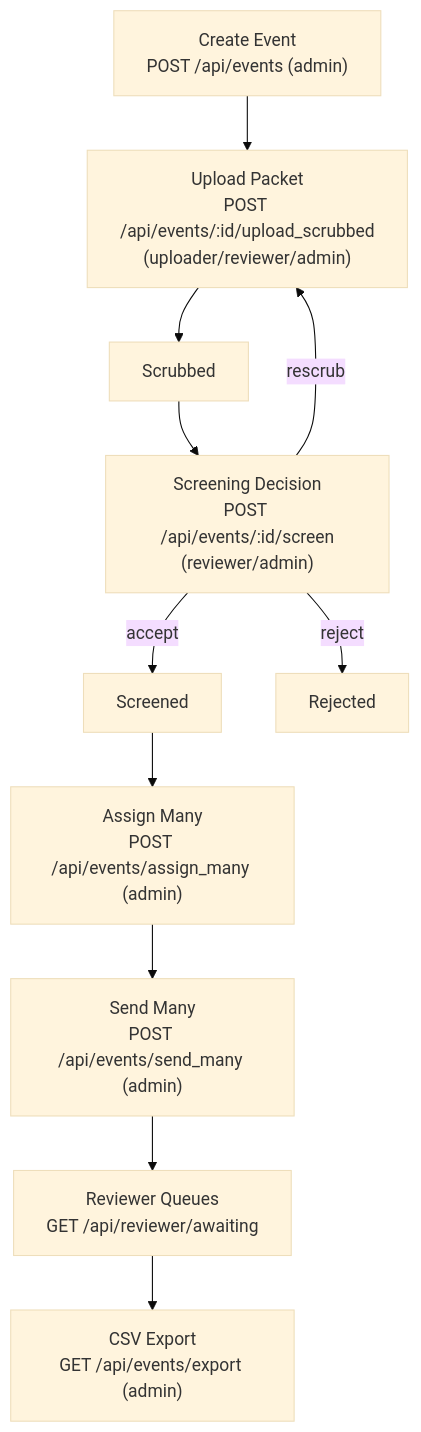
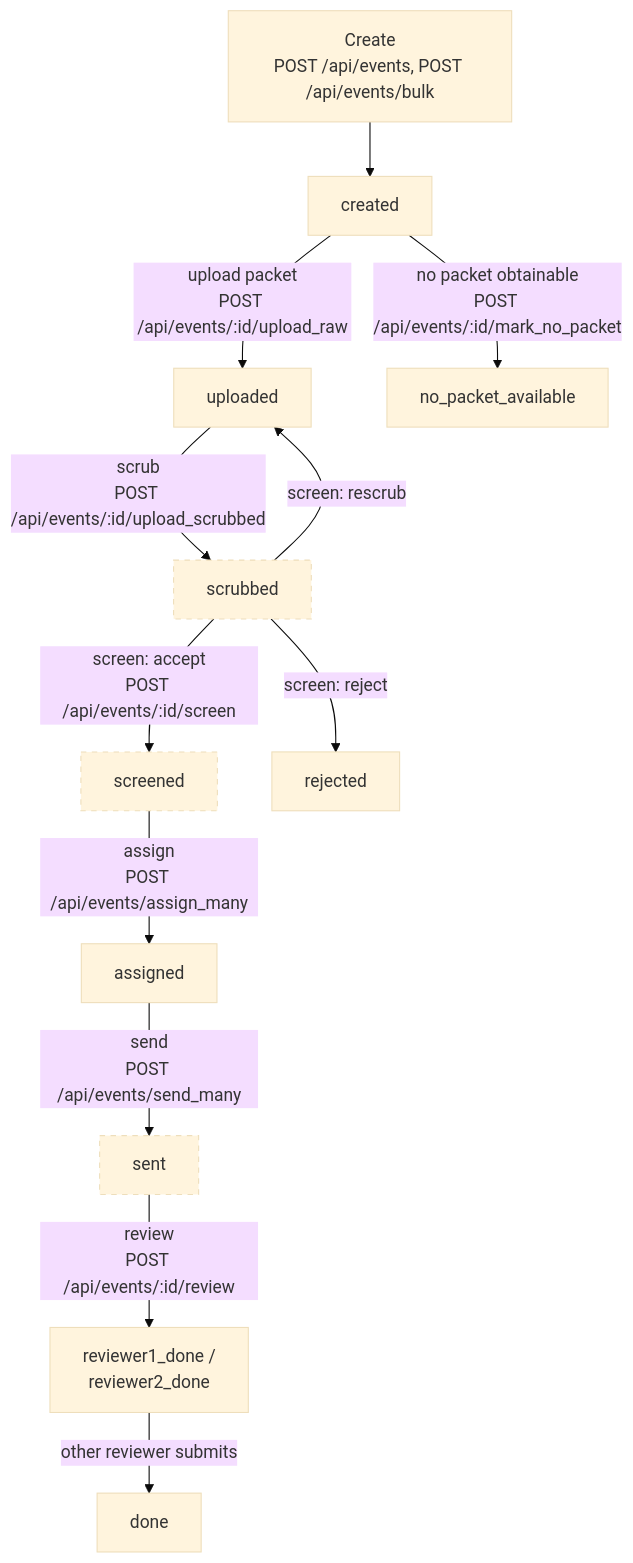
One commit to uwcirg/cnics-validation changed the first of 2 diagrams in docs/WORKFLOW.md. Above: the diagram before and after it, drawn with Mermaid (base theme). The commit also changed other lines of this file and 2 other files, not shown here.

````diff
--- a/docs/WORKFLOW.md
+++ b/docs/WORKFLOW.md
@@ -9,13 +28,16 @@
 ```mermaid
 graph TD
-  A["Create Event<br/>POST /api/events (admin)"] --> B["Upload Packet<br/>POST /api/events/:id/upload_scrubbed<br/>(uploader/reviewer/admin)"]
-  B --> C[Scrubbed]
-  C --> D["Screening Decision<br/>POST /api/events/:id/screen<br/>(reviewer/admin)"]
-  D -->|accept| E[Screened]
-  D -->|rescrub| B
-  D -->|reject| R[Rejected]
-  E --> F["Assign Many<br/>POST /api/events/assign_many (admin)"]
-  F --> G["Send Many<br/>POST /api/events/send_many (admin)"]
-  G --> H["Reviewer Queues<br/>GET /api/reviewer/awaiting"]
-  H --> I["CSV Export<br/>GET /api/events/export (admin)"]
+  A["Create<br/>POST /api/events, POST /api/events/bulk"] --> C[created]
+  C -->|"upload packet<br/>POST /api/events/:id/upload_raw"| U[uploaded]
+  C -->|"no packet obtainable<br/>POST /api/events/:id/mark_no_packet"| NP[no_packet_available]
+  U -->|"scrub<br/>POST /api/events/:id/upload_scrubbed"| S[scrubbed]
+  S -->|"screen: accept<br/>POST /api/events/:id/screen"| SC[screened]
+  S -->|"screen: rescrub"| U
+  S -->|"screen: reject"| R[rejected]
+  SC -->|"assign<br/>POST /api/events/assign_many"| AS[assigned]
+  AS -->|"send<br/>POST /api/events/send_many"| SE[sent]
+  SE -->|"review<br/>POST /api/events/:id/review"| RV["reviewer1_done /<br/>reviewer2_done"]
+  RV -->|"other reviewer submits"| D[done]
+  classDef optional stroke-dasharray: 5 5
+  class S,SC,SE optional
 ```
````
